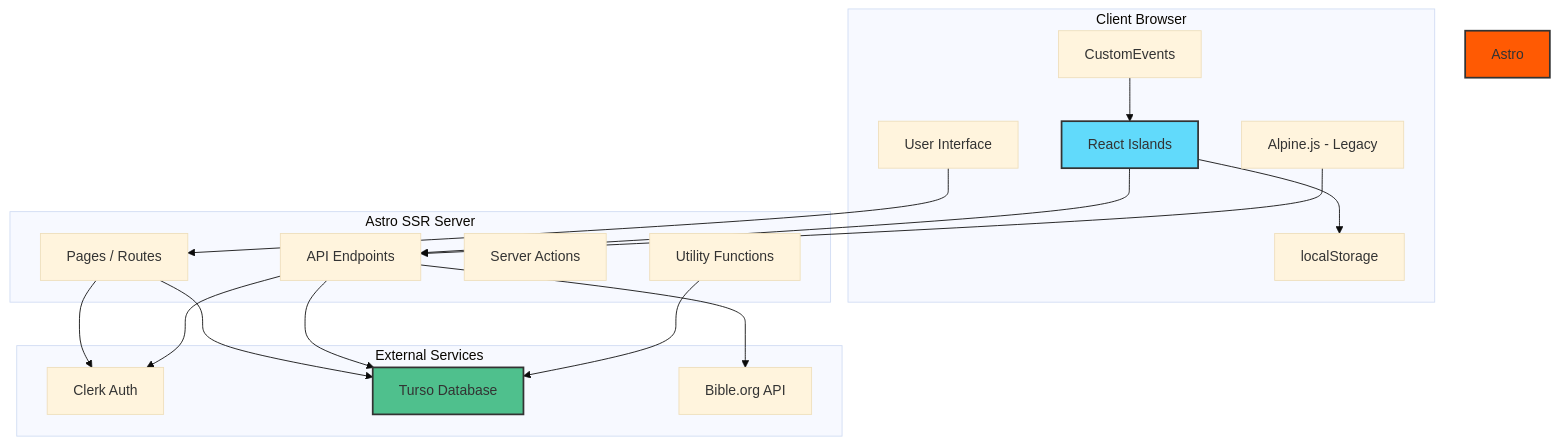
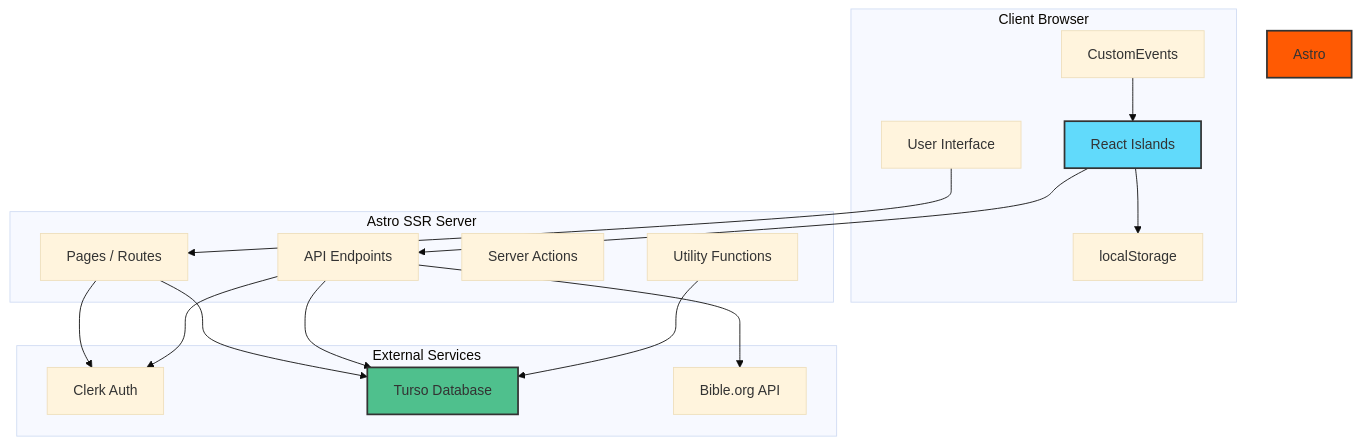
The first of 9 diagrams in README.md (harvouscom/harvous), drawn with Mermaid (base theme) before and after one commit. The commit also changed other lines of this file, not shown here.

First line of the commit message:
docs: update README to reflect architecture simplification

````diff
--- a/README.md
+++ b/README.md
@@ -76,40 +76,38 @@
 ```mermaid
 graph TB
     subgraph "Client Browser"
         UI[User Interface]
         React[React Islands]
-        Alpine[Alpine.js - Legacy]
         Events[CustomEvents]
         LocalStorage[localStorage]
     end
 
     subgraph "Astro SSR Server"
         Pages[Pages / Routes]
         API[API Endpoints]
         Actions[Server Actions]
         Utils[Utility Functions]
     end
 
     subgraph "External Services"
         Clerk[Clerk Auth]
         Turso[Turso Database]
         Bible[Bible.org API]
     end
 
     UI --> Pages
     React --> API
-    Alpine --> API
     Events --> React
     React --> LocalStorage
 
     Pages --> Clerk
     Pages --> Turso
     API --> Clerk
     API --> Turso
     API --> Bible
     Utils --> Turso
 
     style React fill:#61dafb,stroke:#333,stroke-width:2px
     style Astro fill:#ff5a03,stroke:#333,stroke-width:2px
     style Turso fill:#4fc08d,stroke:#333,stroke-width:2px
 ```
````
